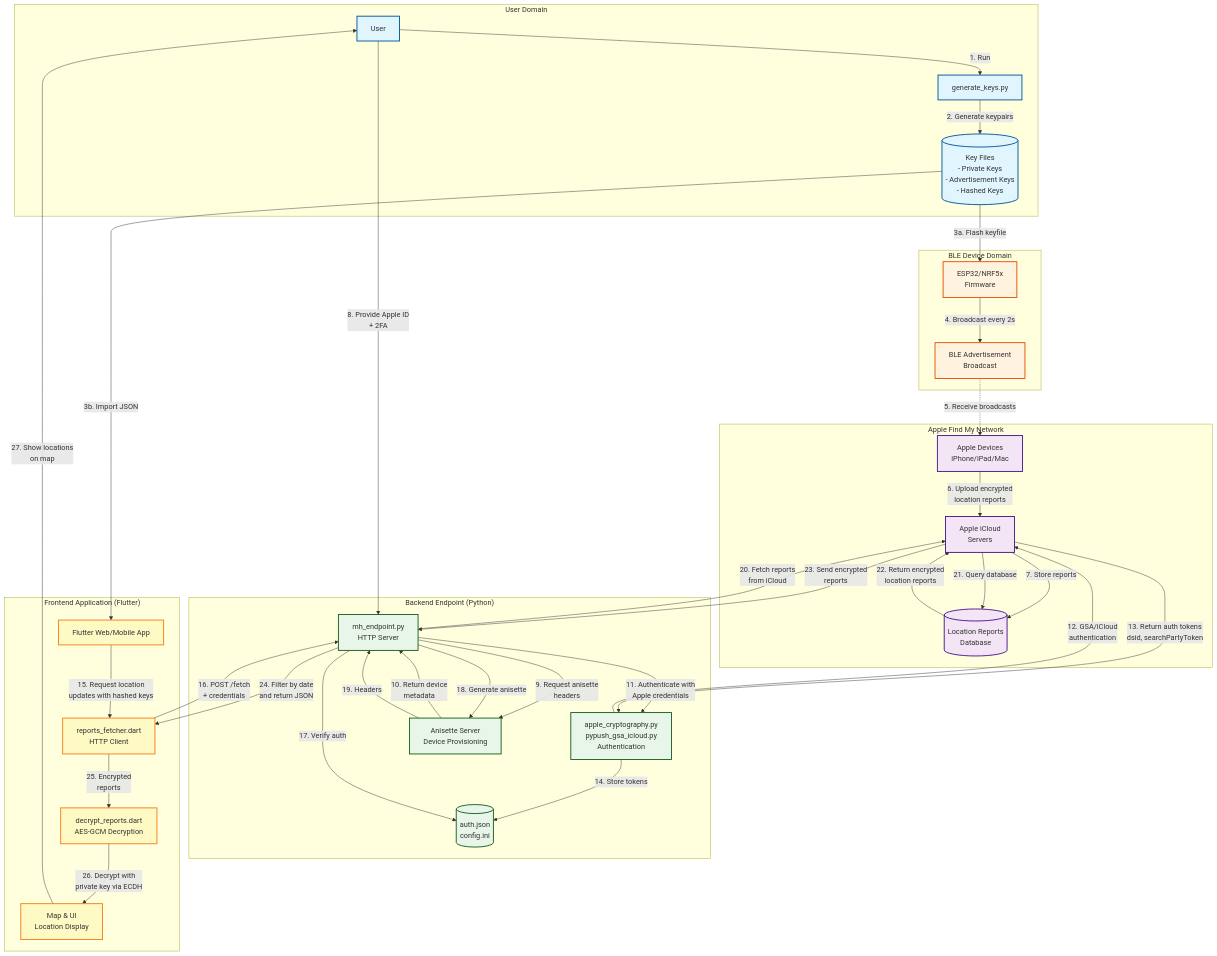
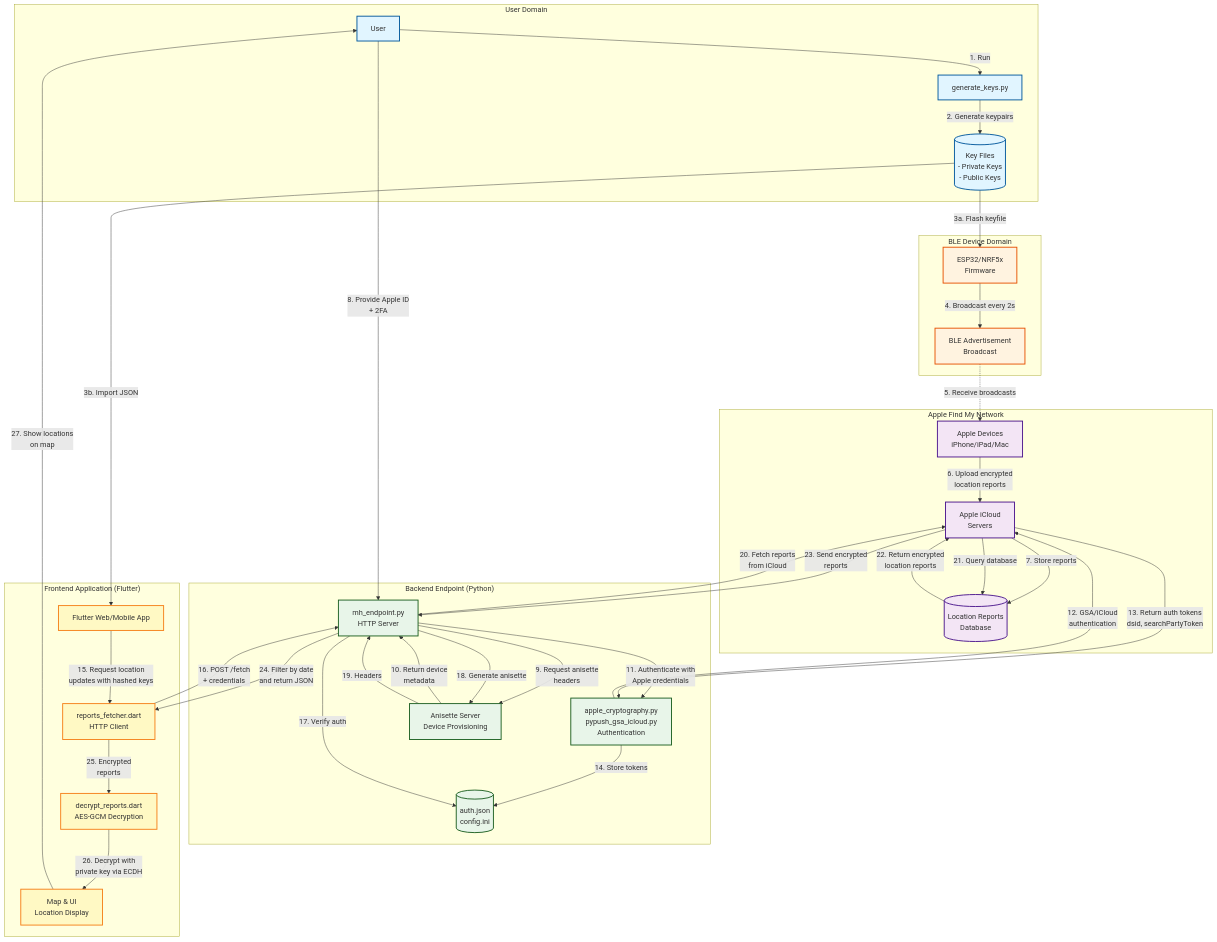
Before and after one commit to cyuzuzo-j/macless-haystack: the first of 2 diagrams in DATAFLOW.md, drawn with Mermaid.

```diff
--- a/DATAFLOW.md
+++ b/DATAFLOW.md
@@ -19,7 +19,7 @@
     subgraph User["User Domain"]
         U[User]
         GenKeys[generate_keys.py]
-        KeyFiles[(Key Files<br/>- Private Keys<br/>- Advertisement Keys<br/>- Hashed Keys)]
+        KeyFiles[(Key Files<br/>- Private Keys<br/>- Public Keys<br/>)]
     end
 
     subgraph BLE["BLE Device Domain"]
```
